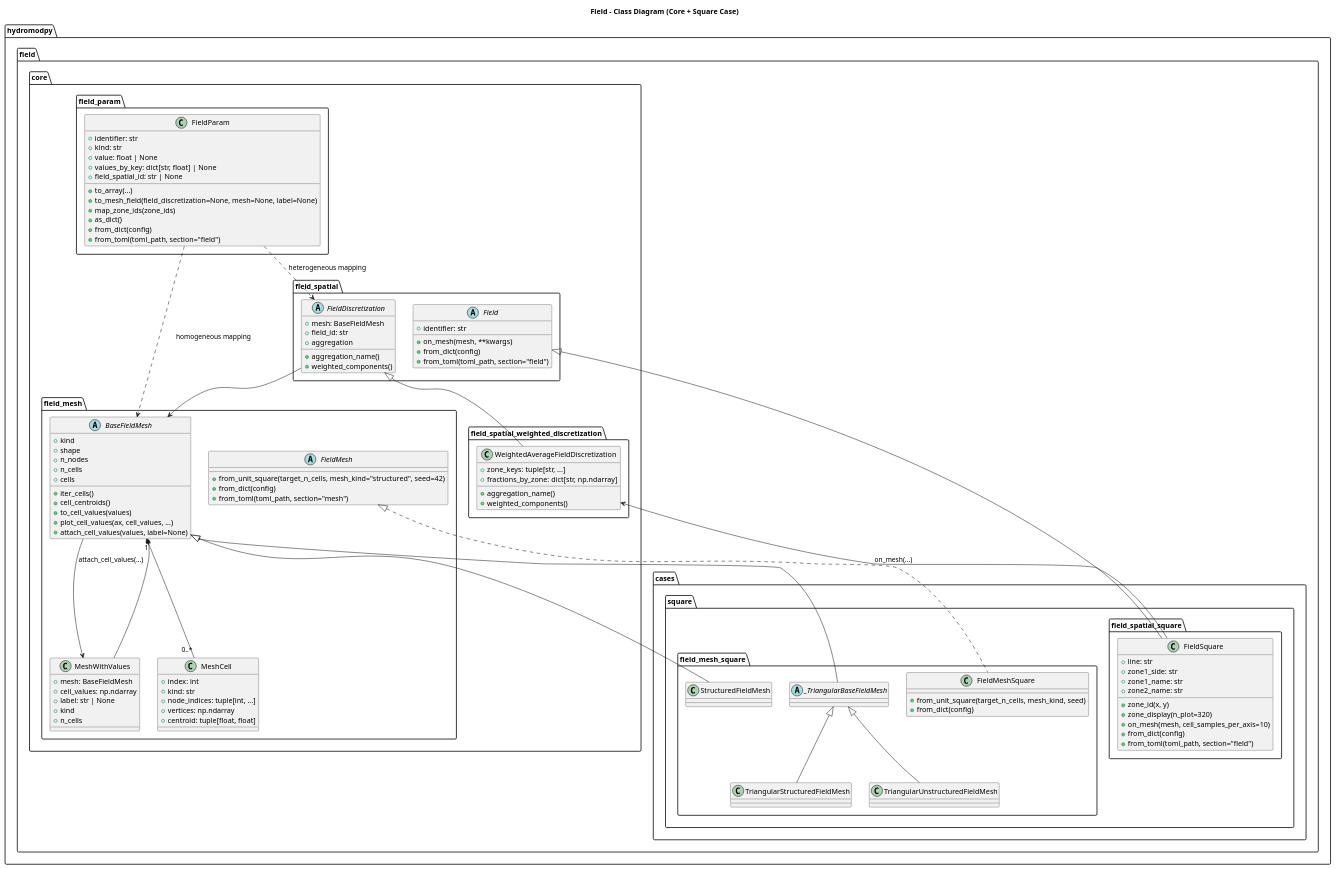
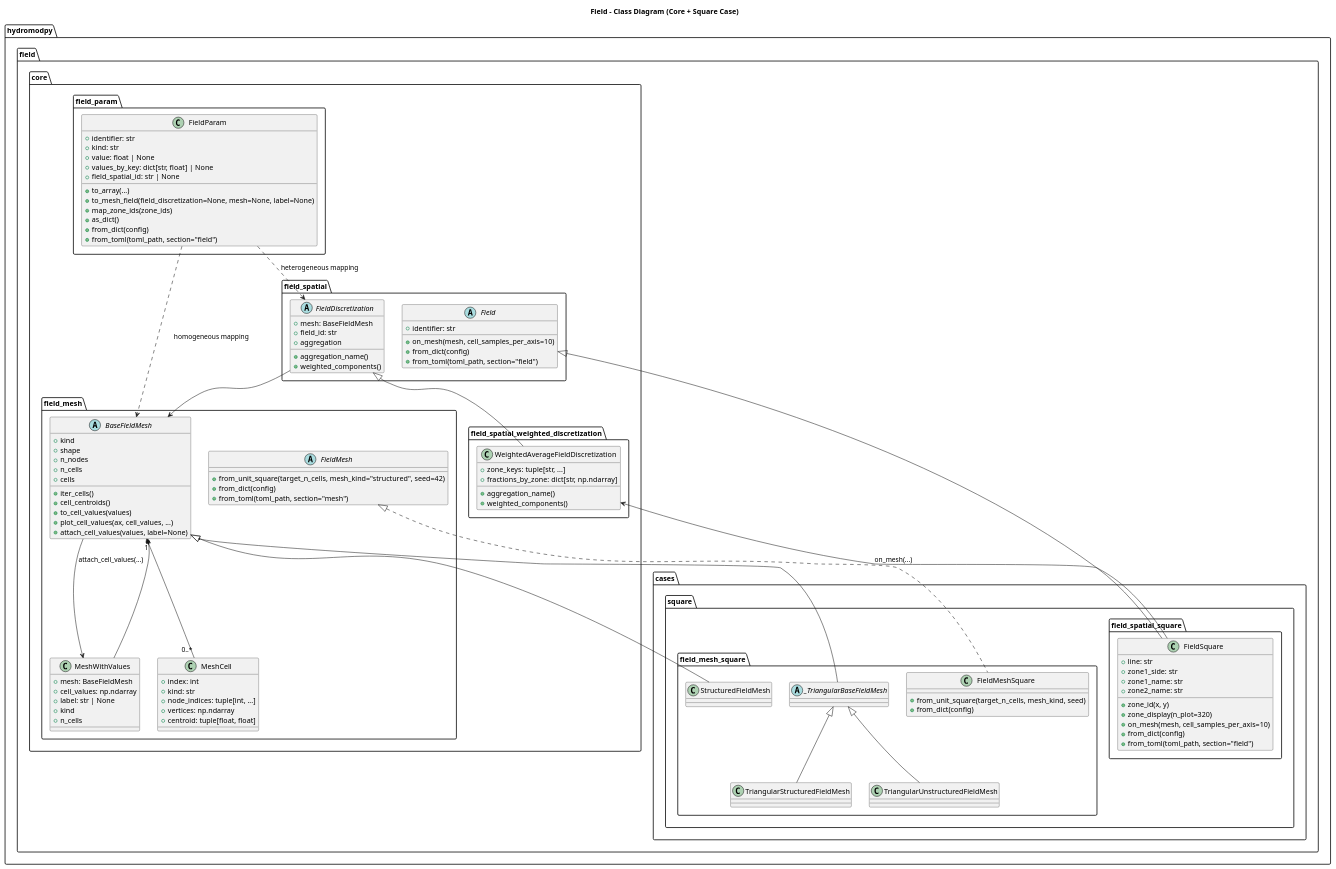
The diagram in hydromodpy/field/uml/field_classes.wsd (HydroModPy/HydroModPy), drawn with PlantUML before and after one commit. The commit also changed 37 other files, not shown here.

```diff
--- a/hydromodpy/field/uml/field_classes.wsd
+++ b/hydromodpy/field/uml/field_classes.wsd
@@ -1,126 +1,126 @@
 @startuml
 title Field - Class Diagram (Core + Square Case)
 
 package "hydromodpy.field.core.field_mesh" {
   class MeshCell {
     +index: int
     +kind: str
     +node_indices: tuple[int, ...]
     +vertices: np.ndarray
     +centroid: tuple[float, float]
   }
 
   class MeshWithValues {
     +mesh: BaseFieldMesh
     +cell_values: np.ndarray
     +label: str | None
     +kind
     +n_cells
   }
 
   abstract class BaseFieldMesh {
     +kind
     +shape
     +n_nodes
     +n_cells
     +cells
     +iter_cells()
     +cell_centroids()
     +to_cell_values(values)
     +plot_cell_values(ax, cell_values, ...)
     +attach_cell_values(values, label=None)
   }
 
   abstract class FieldMesh {
     +from_unit_square(target_n_cells, mesh_kind="structured", seed=42)
     +from_dict(config)
     +from_toml(toml_path, section="mesh")
   }
 }
 
 package "hydromodpy.field.core.field_spatial" {
   abstract class Field {
     +identifier: str
-    +on_mesh(mesh, **kwargs)
+    +on_mesh(mesh, cell_samples_per_axis=10)
     +from_dict(config)
     +from_toml(toml_path, section="field")
   }
 
   abstract class FieldDiscretization {
     +mesh: BaseFieldMesh
     +field_id: str
     +aggregation_name()
     +aggregation
     +weighted_components()
   }
 }
 
 package "hydromodpy.field.core.field_spatial_weighted_discretization" {
   class WeightedAverageFieldDiscretization {
     +zone_keys: tuple[str, ...]
     +fractions_by_zone: dict[str, np.ndarray]
     +aggregation_name()
     +weighted_components()
   }
 }
 
 package "hydromodpy.field.core.field_param" {
   class FieldParam {
     +identifier: str
     +kind: str
     +value: float | None
     +values_by_key: dict[str, float] | None
     +field_spatial_id: str | None
     +to_array(...)
     +to_mesh_field(field_discretization=None, mesh=None, label=None)
     +map_zone_ids(zone_ids)
     +as_dict()
     +from_dict(config)
     +from_toml(toml_path, section="field")
   }
 }
 
 package "hydromodpy.field.cases.square.field_mesh_square" {
   class FieldMeshSquare {
     +from_unit_square(target_n_cells, mesh_kind, seed)
     +from_dict(config)
   }
   class StructuredFieldMesh
   abstract class _TriangularBaseFieldMesh
   class TriangularStructuredFieldMesh
   class TriangularUnstructuredFieldMesh
 }
 
 package "hydromodpy.field.cases.square.field_spatial_square" {
   class FieldSquare {
     +line: str
     +zone1_side: str
     +zone1_name: str
     +zone2_name: str
     +zone_id(x, y)
     +zone_display(n_plot=320)
     +on_mesh(mesh, cell_samples_per_axis=10)
     +from_dict(config)
     +from_toml(toml_path, section="field")
   }
 }
 
 BaseFieldMesh "1" *-- "0..*" MeshCell
 MeshWithValues --> BaseFieldMesh
 BaseFieldMesh --> MeshWithValues : attach_cell_values(...)
 
 FieldMesh <|.. FieldMeshSquare
 BaseFieldMesh <|-- StructuredFieldMesh
 BaseFieldMesh <|-- _TriangularBaseFieldMesh
 _TriangularBaseFieldMesh <|-- TriangularStructuredFieldMesh
 _TriangularBaseFieldMesh <|-- TriangularUnstructuredFieldMesh
 
 Field <|-- FieldSquare
 FieldDiscretization <|-- WeightedAverageFieldDiscretization
 FieldDiscretization --> BaseFieldMesh
 FieldSquare --> WeightedAverageFieldDiscretization : on_mesh(...)
 
 FieldParam ..> BaseFieldMesh : homogeneous mapping
 FieldParam ..> FieldDiscretization : heterogeneous mapping
 
 @enduml
```
